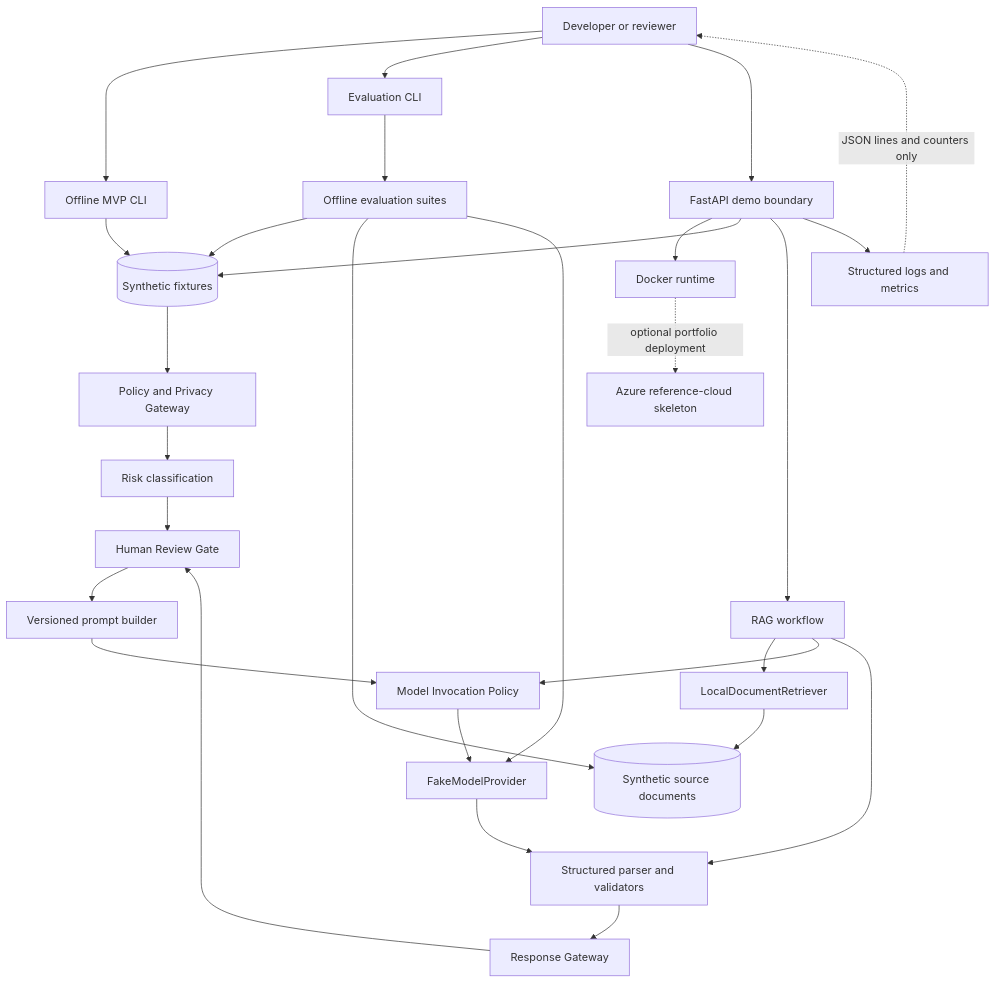
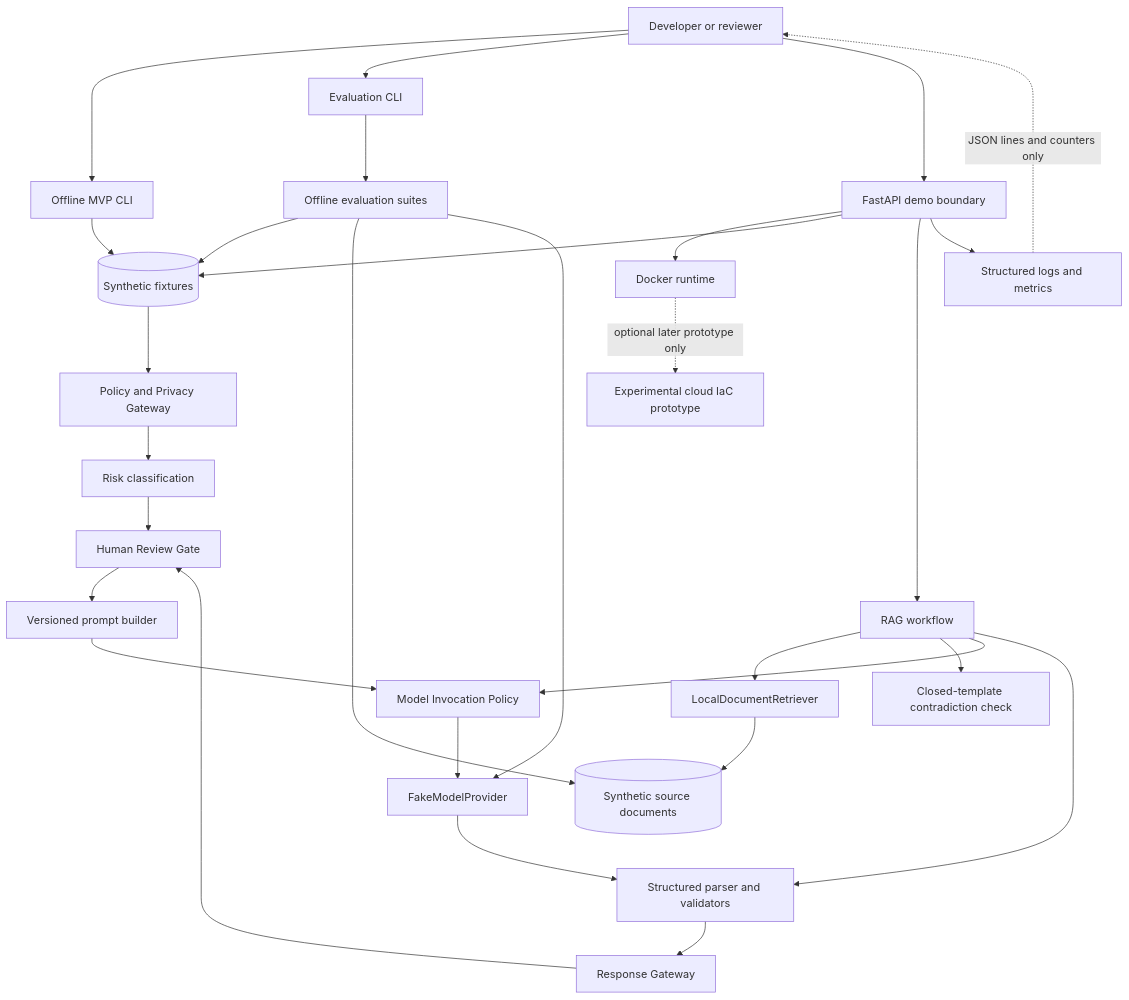
The diagram in docs/03-architecture/architecture-diagram.md (tomtomson556/steuerberater-copilot), drawn with Mermaid before and after one commit. The commit also changed other lines of this file and 29 other files, not shown here.

First line of the commit message:
fix: correct freshness, contradiction, and cloud claims

````diff
--- a/docs/03-architecture/architecture-diagram.md
+++ b/docs/03-architecture/architecture-diagram.md
@@ -8,56 +9,58 @@
 ```mermaid
 flowchart TB
     user[Developer or reviewer]
     cli[Offline MVP CLI]
     evalcli[Evaluation CLI]
     api[FastAPI demo boundary]
     docker[Docker runtime]
-    azure[Azure reference-cloud skeleton]
+    cloudProto[Experimental cloud IaC prototype]
 
     fixtures[(Synthetic fixtures)]
     gateway[Policy and Privacy Gateway]
     risk[Risk classification]
     review[Human Review Gate]
     prompt[Versioned prompt builder]
     policy[Model Invocation Policy]
     fake[FakeModelProvider]
     parser[Structured parser and validators]
     response[Response Gateway]
     rag[RAG workflow]
     retriever[LocalDocumentRetriever]
     docs[(Synthetic source documents)]
+    contradiction[Closed-template contradiction check]
     eval[Offline evaluation suites]
     obs[Structured logs and metrics]
 
     user --> cli
     user --> evalcli
     user --> api
     api --> docker
-    docker -. optional portfolio deployment .-> azure
+    docker -. optional later prototype only .-> cloudProto
 
     cli --> fixtures
     api --> fixtures
     fixtures --> gateway
     gateway --> risk
     risk --> review
     review --> prompt
     prompt --> policy
     policy --> fake
     fake --> parser
     parser --> response
     response --> review
 
     api --> rag
     rag --> retriever
     retriever --> docs
+    rag --> contradiction
     rag --> policy
     rag --> parser
 
     evalcli --> eval
     eval --> fixtures
     eval --> docs
     eval --> fake
 
     api --> obs
     obs -. JSON lines and counters only .-> user
 ```
````
